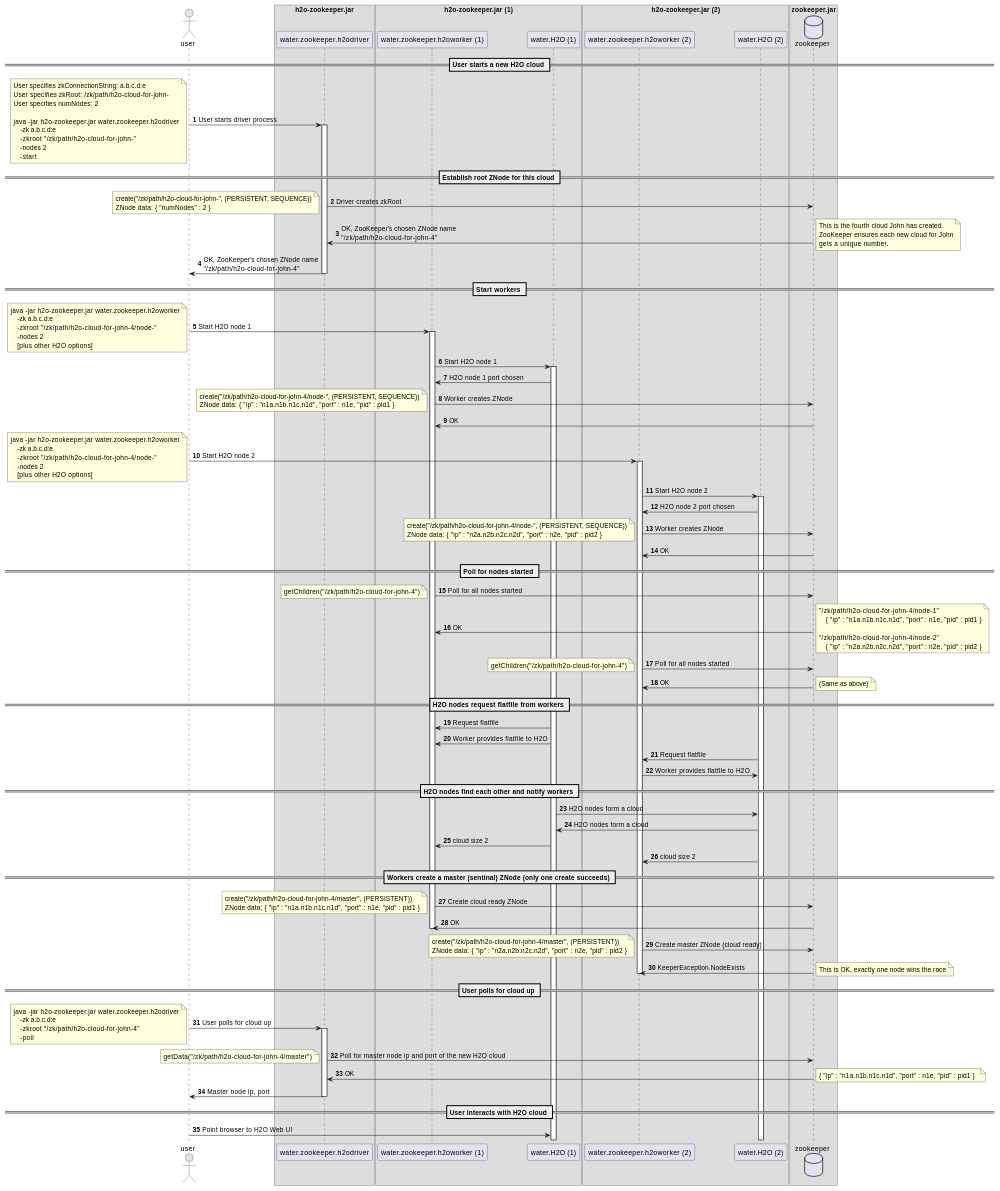
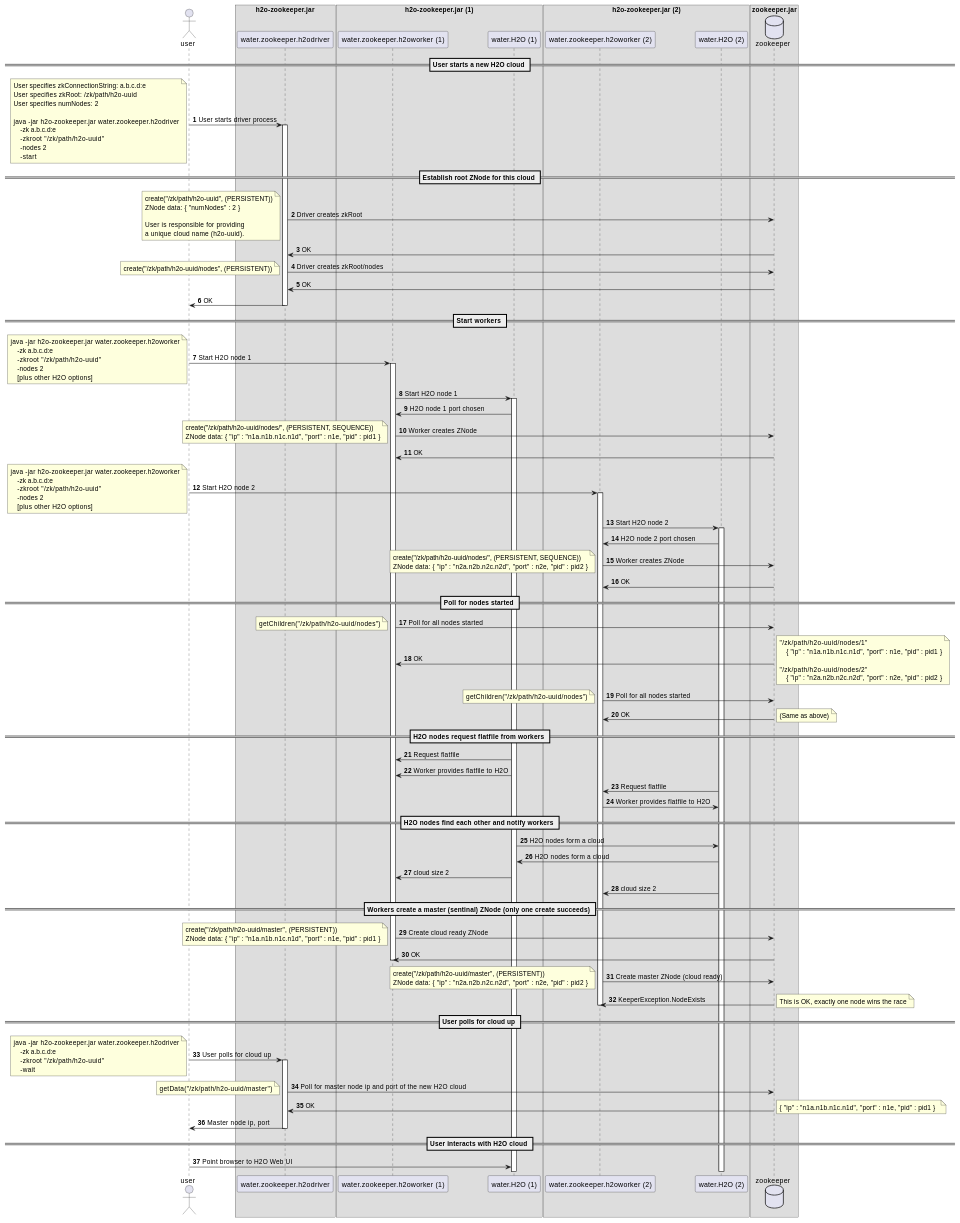
One commit to h2oai/h2o-2 changed the diagram in docs/uml/zookeeper_integration.md. Above: the diagram before and after it, drawn with PlantUML. The commit also changed 4 other files, not shown here.

```diff
--- a/docs/uml/zookeeper_integration.md
+++ b/docs/uml/zookeeper_integration.md
@@ -68,12 +68,12 @@
 activate driver
 note left
   User specifies zkConnectionString: a.b.c.d:e
-  User specifies zkRoot: /zk/path/h2o-cloud-for-john-
+  User specifies zkRoot: /zk/path/h2o-uuid
   User specifies numNodes: 2
 
   java -jar h2o-zookeeper.jar water.zookeeper.h2odriver
       -zk a.b.c.d:e
-      -zkroot "/zk/path/h2o-cloud-for-john-"
+      -zkroot "/zk/path/h2o-uuid"
       -nodes 2
       -start
 end note
@@ -82,18 +82,23 @@
 
 driver -> zookeeper : Driver creates zkRoot
 note left
-  create("/zk/path/h2o-cloud-for-john-", (PERSISTENT, SEQUENCE))
+  create("/zk/path/h2o-uuid", (PERSISTENT))
   ZNode data: { "numNodes" : 2 }
+
+  User is responsible for providing
+  a unique cloud name (h2o-uuid).
 end note
 
-driver <- zookeeper : OK, ZooKeeper's chosen ZNode name\n"/zk/path/h2o-cloud-for-john-4"
-note right
-  This is the fourth cloud John has created.
-  ZooKeeper ensures each new cloud for John
-  gets a unique number.
+driver <- zookeeper : OK
+
+driver -> zookeeper : Driver creates zkRoot/nodes
+note left
+  create("/zk/path/h2o-uuid/nodes", (PERSISTENT))
 end note
 
-user <- driver : OK, ZooKeeper's chosen ZNode name\n"/zk/path/h2o-cloud-for-john-4"
+driver <- zookeeper : OK
+
+user <- driver : OK
 deactivate driver
 
 == Start workers ==
@@ -103,7 +108,7 @@
 note left
   java -jar h2o-zookeeper.jar water.zookeeper.h2oworker
       -zk a.b.c.d:e
-      -zkroot "/zk/path/h2o-cloud-for-john-4/node-"
+      -zkroot "/zk/path/h2o-uuid"
       -nodes 2
       [plus other H2O options]
 end note
@@ -112,7 +117,7 @@
 worker1 <- h2o1 : H2O node 1 port chosen
 worker1 -> zookeeper : Worker creates ZNode
 note left
-  create("/zk/path/h2o-cloud-for-john-4/node-", (PERSISTENT, SEQUENCE))
+  create("/zk/path/h2o-uuid/nodes/", (PERSISTENT, SEQUENCE))
   ZNode data: { "ip" : "n1a.n1b.n1c.n1d", "port" : n1e, "pid" : pid1 }
 end note
 worker1 <- zookeeper : OK
@@ -122,7 +127,7 @@
 note left
   java -jar h2o-zookeeper.jar water.zookeeper.h2oworker
       -zk a.b.c.d:e
-      -zkroot "/zk/path/h2o-cloud-for-john-4/node-"
+      -zkroot "/zk/path/h2o-uuid"
       -nodes 2
       [plus other H2O options]
 end note
@@ -131,7 +136,7 @@
 worker2 <- h2o2 : H2O node 2 port chosen
 worker2 -> zookeeper : Worker creates ZNode
 note left
-  create("/zk/path/h2o-cloud-for-john-4/node-", (PERSISTENT, SEQUENCE))
+  create("/zk/path/h2o-uuid/nodes/", (PERSISTENT, SEQUENCE))
   ZNode data: { "ip" : "n2a.n2b.n2c.n2d", "port" : n2e, "pid" : pid2 }
 end note
 worker2 <- zookeeper : OK
@@ -140,20 +145,20 @@
 
 worker1 -> zookeeper : Poll for all nodes started
 note left
-  getChildren("/zk/path/h2o-cloud-for-john-4")
+  getChildren("/zk/path/h2o-uuid/nodes")
 end note
 worker1 <- zookeeper : OK
 note right
-  "/zk/path/h2o-cloud-for-john-4/node-1"
+  "/zk/path/h2o-uuid/nodes/1"
       { "ip" : "n1a.n1b.n1c.n1d", "port" : n1e, "pid" : pid1 }
 
-  "/zk/path/h2o-cloud-for-john-4/node-2"
+  "/zk/path/h2o-uuid/nodes/2"
       { "ip" : "n2a.n2b.n2c.n2d", "port" : n2e, "pid" : pid2 }
 end note
 
 worker2 -> zookeeper : Poll for all nodes started
 note left
-  getChildren("/zk/path/h2o-cloud-for-john-4")
+  getChildren("/zk/path/h2o-uuid/nodes")
 end note
 worker2 <- zookeeper : OK
 note right
@@ -180,7 +185,7 @@
 
 worker1 -> zookeeper : Create cloud ready ZNode
 note left
-  create("/zk/path/h2o-cloud-for-john-4/master", (PERSISTENT))
+  create("/zk/path/h2o-uuid/master", (PERSISTENT))
   ZNode data: { "ip" : "n1a.n1b.n1c.n1d", "port" : n1e, "pid" : pid1 }
 end note
 worker1 <- zookeeper : OK
@@ -188,7 +193,7 @@
 
 worker2 -> zookeeper : Create master ZNode (cloud ready)
 note left
-  create("/zk/path/h2o-cloud-for-john-4/master", (PERSISTENT))
+  create("/zk/path/h2o-uuid/master", (PERSISTENT))
   ZNode data: { "ip" : "n2a.n2b.n2c.n2d", "port" : n2e, "pid" : pid2 }
 end note
 worker2 <- zookeeper : KeeperException.NodeExists
@@ -204,12 +209,12 @@
 note left
   java -jar h2o-zookeeper.jar water.zookeeper.h2odriver
       -zk a.b.c.d:e
-      -zkroot "/zk/path/h2o-cloud-for-john-4"
-      -poll
+      -zkroot "/zk/path/h2o-uuid"
+      -wait
 end note
 driver -> zookeeper : Poll for master node ip and port of the new H2O cloud
 note left
-  getData("/zk/path/h2o-cloud-for-john-4/master")
+  getData("/zk/path/h2o-uuid/master")
 end note
 driver <- zookeeper : OK
 note right
```
